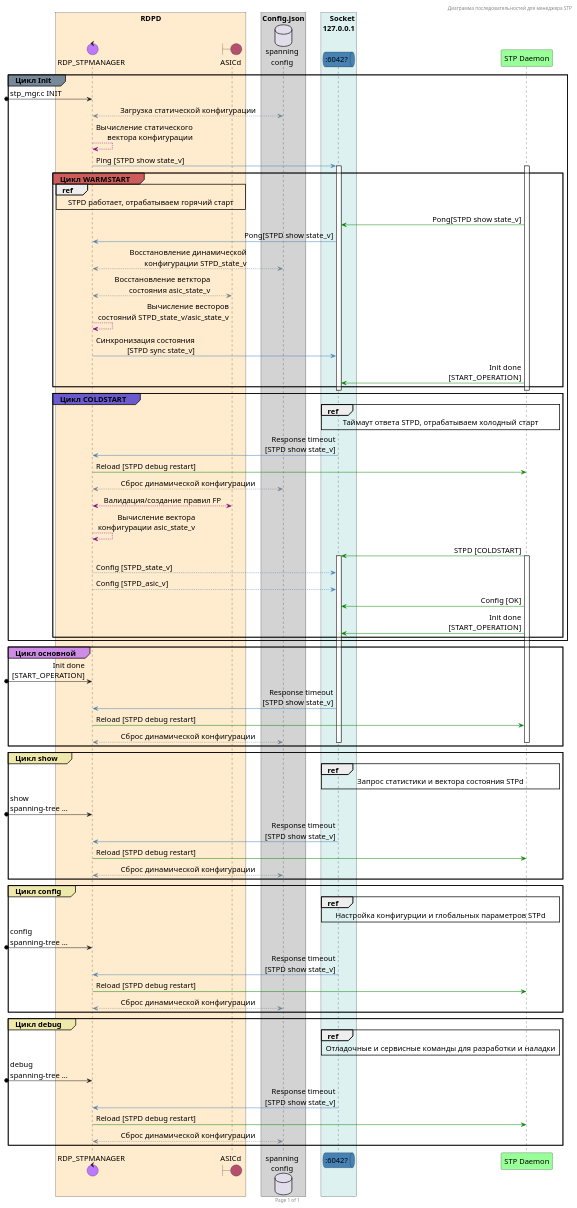
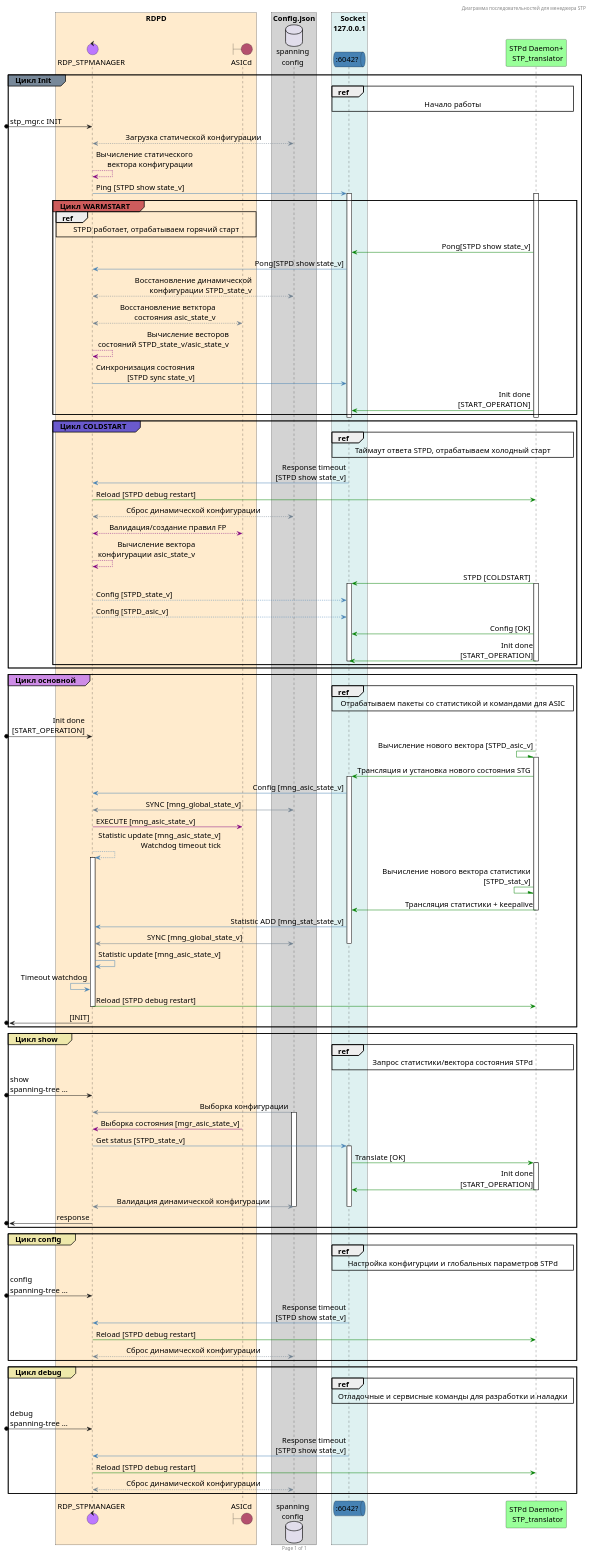
Before and after one commit to seregega/sonic-stp: the diagram in sequence_stp_manager.plantuml, drawn with PlantUML.

```diff
--- a/sequence_stp_manager.plantuml
+++ b/sequence_stp_manager.plantuml
@@ -1,121 +1,150 @@
 @startuml
 
 header Диаграмма последовательностей для менеджера STP
 footer Page %page% of %lastpage%
 
 skinparam shadowing<<no_shadow>> false
 skinparam shadowing<<with_shadow>> true
 skinparam sequenceMessageAlign direction
 
 skinparam ParticipantPadding 12
 skinparam BoxPadding 15
 
 skinparam defaultFontSize 16
 skinparam defaultFontName Papyrus
 
 
 box "RDPD" #BlanchedAlmond
 control "RDP_STPMANAGER" as RDPD #bc78ff
 boundary "ASICd" as ASIC #b4506e
 end box
 
 box "Config.json" #LightGrey
 database "spanning\nconfig" as CONFIG #e1ddeb
 ' collections "NETLINK_IF" as Netlink #dfa800
 end box
 
 box "  Socket\r127.0.0.1"#def1f1
 queue ":6042?" as Socket #SteelBlue
 ' collections "NETLINK_IF" as Netlink #dfa800
 end box
 
-participant "STP Daemon" as Daemon #99FF99
+participant "STPd Daemon+\r STP_translator" as Daemon #99FF99
 
 
 group#LightSlateGrey Цикл Init
+    ref over Socket, Daemon : Начало работы
     [o-> RDPD : stp_mgr.c INIT
     RDPD <-[#SlateGrey]-> CONFIG : Загрузка статической конфигурации
     RDPD -[#purple]-> RDPD : Вычисление статического\r вектора конфигурации
     RDPD -[#SteelBlue]> Socket : Ping [STPD show state_v]
     activate Socket
 
     activate Daemon
     group#IndianRed Цикл WARMSTART
         ref over RDPD, ASIC : STPD работает, отрабатываем горячий старт
         Daemon -[#green]> Socket : Pong[STPD show state_v]
         Socket -[#SteelBlue]> RDPD : Pong[STPD show state_v]
         RDPD <-[#SlateGrey]-> CONFIG : Восстановление динамической\r конфигурации STPD_state_v
         RDPD <-[#SlateGrey]-> ASIC : Восстановление ветктора\r состояния asic_state_v
         RDPD -[#purple]-> RDPD : Вычисление весторов\r состояний STPD_state_v/asic_state_v
         RDPD -[#SteelBlue]> Socket : Синхронизация состояния\r [STPD sync state_v]
         Daemon [#green]-> Socket : Init done\r [START_OPERATION]
 
 
         ' Daemon <-[#green]-> Socket : recv timeout
 
 
     end
     deactivate Socket
     deactivate Daemon
 
     group#SlateBlue Цикл COLDSTART
         ref over Socket, Daemon : Таймаут ответа STPD, отрабатываем холодный старт
         Socket -[#SteelBlue]> RDPD : Response timeout\r[STPD show state_v]
         RDPD -[#green]> Daemon : Reload [STPD debug restart]
         RDPD <-[#SlateGrey]-> CONFIG : Сброс динамической конфигурации
         RDPD <-[#purple]-> ASIC : Валидация/создание правил FP
         RDPD -[#purple]-> RDPD : Вычисление вектора\r конфигурации asic_state_v
         Daemon [#green]-> Socket : STPD [COLDSTART]
         activate Socket
         activate Daemon
         RDPD --[#SteelBlue]> Socket : Config [STPD_state_v]
         RDPD --[#SteelBlue]> Socket : Config [STPD_asic_v]
         Daemon [#green]-> Socket : Config [OK]
         Daemon [#green]-> Socket : Init done\r [START_OPERATION]
-
+        deactivate Socket
+        deactivate Daemon
 
 
     end
     ' Netlink --[#df7000]> Daemon : Получение всех актуальных интерфейсов системы
     ' Daemon -[#purple]> RDPD : Валидация Field-Processor ASIC
     ' RDPD <-[#b4506e]> ASIC : Sync FP ASIC
 end
 
 
 group#ce8ce7 Цикл основной
+    ref over Socket, Daemon : Отрабатываем пакеты со статистикой и командами для ASIC
     [o-> RDPD : Init done\r [START_OPERATION]
-    Socket -[#SteelBlue]> RDPD : Response timeout\r[STPD show state_v]
+    Daemon /-[#green] Daemon : Вычисление нового вектора [STPD_asic_v]
+    activate Daemon
+    Daemon [#green]-> Socket : Трансляция и установка нового состояния STG
+    activate Socket
+    RDPD <-[#SteelBlue]Socket : Config [mng_asic_state_v]
+    RDPD <[#SlateGrey]-> CONFIG : SYNC [mng_global_state_v]
+    RDPD [#purple]-> ASIC : EXECUTE [mng_asic_state_v]
+    RDPD --[#SteelBlue]> RDPD : Statistic update [mng_asic_state_v]\rWatchdog timeout tick
+    activate RDPD
+    Daemon /-[#green] Daemon : Вычисление нового вектора статистики\r [STPD_stat_v]
+    Daemon [#green]-> Socket : Трансляция статистики + keepalive
+    deactivate Daemon
+    RDPD <-[#SteelBlue]Socket : Statistic ADD [mng_stat_state_v]
+    RDPD <[#SlateGrey]-> CONFIG : SYNC [mng_global_state_v]
+    deactivate Socket
+    RDPD -[#SteelBlue]> RDPD : Statistic update [mng_asic_state_v]
+    RDPD <-[#SteelBlue]RDPD : Timeout watchdog
     RDPD -[#green]> Daemon : Reload [STPD debug restart]
-    RDPD <-[#SlateGrey]-> CONFIG : Сброс динамической конфигурации
-    deactivate Socket
-    deactivate Daemon
+    deactivate RDPD
+    [o<- RDPD : [INIT]
 end
 
 
 group#PaleGoldenRod Цикл show
-    ref over Socket, Daemon : Запрос статистики и вектора состояния STPd
+    ref over Socket, Daemon : Запрос статистики/вектора состояния STPd
     [o-> RDPD : show\nspanning-tree ...
-    Socket -[#SteelBlue]> RDPD : Response timeout\r[STPD show state_v]
-    RDPD -[#green]> Daemon : Reload [STPD debug restart]
-    RDPD <-[#SlateGrey]-> CONFIG : Сброс динамической конфигурации
+    RDPD <-[#SlateGrey] CONFIG : Выборка конфигурации
+    activate CONFIG
+    RDPD <-[#purple] ASIC : Выборка состояния [mgr_asic_state_v]
+    RDPD -[#SteelBlue]> Socket : Get status [STPD_state_v]
+    activate Socket
+    Daemon <-[#green] Socket : Translate [OK]
+    activate Daemon
+    Daemon [#green]-> Socket : Init done\r [START_OPERATION]
+    deactivate Daemon
+    RDPD <[#SlateGrey]-> CONFIG : Валидация динамической конфигурации
+    deactivate CONFIG
+    deactivate Socket
+
+    [o<- RDPD : response
 end
 
 
 group#PaleGoldenRod Цикл config
     ref over Socket, Daemon : Настройка конфигурции и глобальных параметров STPd
     [o-> RDPD : config\nspanning-tree ...
     Socket -[#SteelBlue]> RDPD : Response timeout\r[STPD show state_v]
     RDPD -[#green]> Daemon : Reload [STPD debug restart]
     RDPD <-[#SlateGrey]-> CONFIG : Сброс динамической конфигурации
 end
 
 group#PaleGoldenRod Цикл debug
     ref over Socket, Daemon : Отладочные и сервисные команды для разработки и наладки
     [o-> RDPD : debug\nspanning-tree ...
     Socket -[#SteelBlue]> RDPD : Response timeout\r[STPD show state_v]
     RDPD -[#green]> Daemon : Reload [STPD debug restart]
     RDPD <-[#SlateGrey]-> CONFIG : Сброс динамической конфигурации
 end
 
 
 @enduml
```
